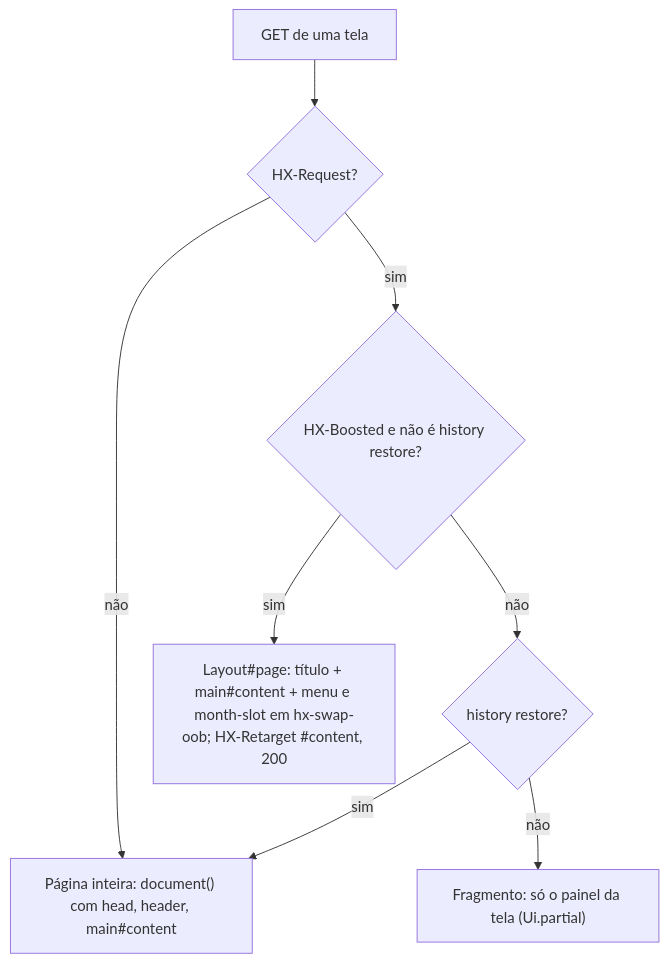
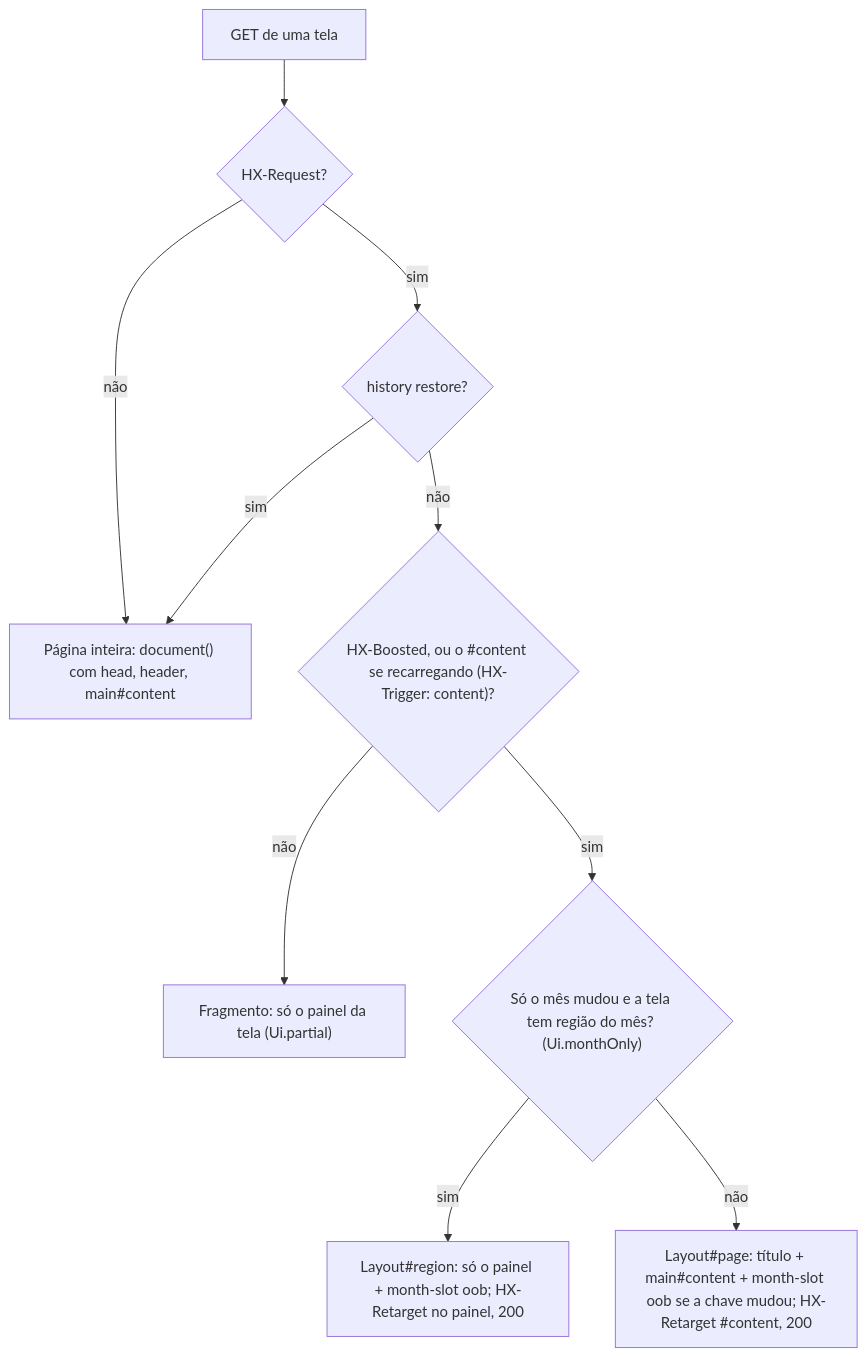
The sixth of 8 diagrams in src/main/java/br/bundled/money/ARCHITECTURE.md (bkaraujo/br-commons), drawn with Mermaid before and after one commit. The commit also changed other lines of this file and 26 other files, not shown here.

````diff
--- a/src/main/java/br/bundled/money/ARCHITECTURE.md
+++ b/src/main/java/br/bundled/money/ARCHITECTURE.md
@@ -432,10 +435,12 @@
 ```mermaid
 flowchart TD
     Req["GET de uma tela"] --> Hx{"HX-Request?"}
     Hx -- "não" --> Full["Página inteira: document() com head, header, main#content"]
-    Hx -- "sim" --> Boost{"HX-Boosted e não é history restore?"}
-    Boost -- "sim" --> Content["Layout#page: título + main#content + menu e month-slot em hx-swap-oob; HX-Retarget #content, 200"]
-    Boost -- "não" --> Hist{"history restore?"}
+    Hx -- "sim" --> Hist{"history restore?"}
     Hist -- "sim" --> Full
-    Hist -- "não" --> Frag["Fragmento: só o painel da tela (Ui.partial)"]
+    Hist -- "não" --> Boost{"HX-Boosted, ou o #content se recarregando (HX-Trigger: content)?"}
+    Boost -- "não" --> Frag["Fragmento: só o painel da tela (Ui.partial)"]
+    Boost -- "sim" --> Month{"Só o mês mudou e a tela tem região do mês? (Ui.monthOnly)"}
+    Month -- "sim" --> Region["Layout#region: só o painel + month-slot oob; HX-Retarget no painel, 200"]
+    Month -- "não" --> Content["Layout#page: título + main#content + month-slot oob se a chave mudou; HX-Retarget #content, 200"]
 ```
````
